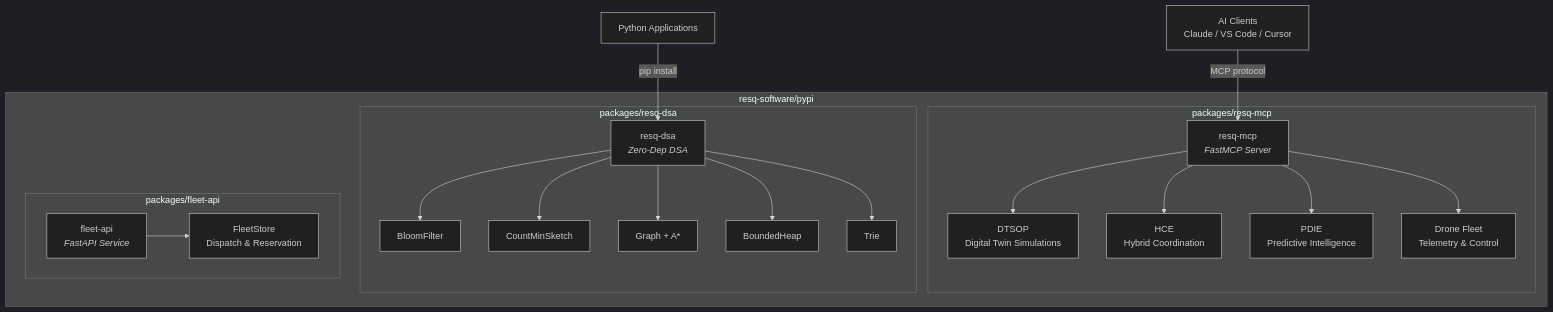
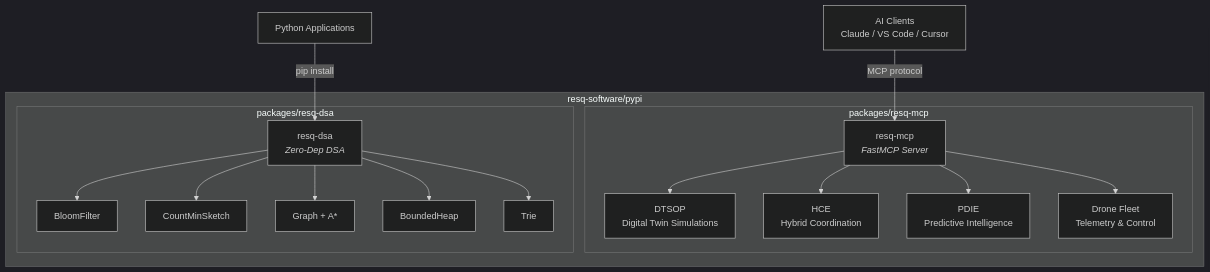
The first of 2 diagrams in README.md (resq-software/mcp), drawn with Mermaid (dark theme) before and after one commit. The commit also changed other lines of this file and 19 other files, not shown here.

````diff
--- a/README.md
+++ b/README.md
@@ -18,37 +17,32 @@
 ```mermaid
 graph TB
     subgraph "resq-software/pypi"
         subgraph "packages/resq-mcp"
             MCP[resq-mcp<br/><i>FastMCP Server</i>]
             DTSOP[DTSOP<br/>Digital Twin Simulations]
             HCE[HCE<br/>Hybrid Coordination]
             PDIE[PDIE<br/>Predictive Intelligence]
             DRONE[Drone Fleet<br/>Telemetry & Control]
             MCP --> DTSOP
             MCP --> HCE
             MCP --> PDIE
             MCP --> DRONE
         end
         subgraph "packages/resq-dsa"
             DSA[resq-dsa<br/><i>Zero-Dep DSA</i>]
             BF[BloomFilter]
             CMS[CountMinSketch]
             GR[Graph + A*]
             HP[BoundedHeap]
             TR[Trie]
             DSA --> BF
             DSA --> CMS
             DSA --> GR
             DSA --> HP
             DSA --> TR
         end
-        subgraph "packages/fleet-api"
-            API[fleet-api<br/><i>FastAPI Service</i>]
-            STORE[FleetStore<br/>Dispatch & Reservation]
-            API --> STORE
-        end
     end
 
     AI[AI Clients<br/>Claude / VS Code / Cursor] -->|MCP protocol| MCP
     APP[Python Applications] -->|pip install| DSA
 ```
````
